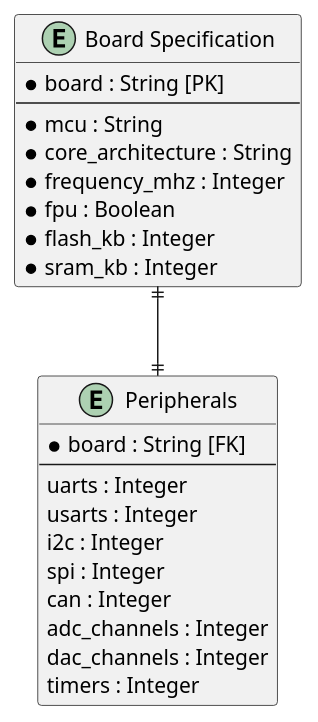
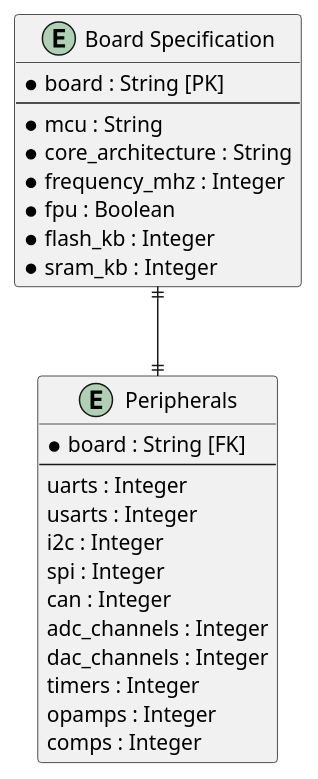
Before and after one commit to chatelao/stm32-overview: the diagram in DESIGN.md, drawn with PlantUML. The commit also changed other lines of this file and 6 other files, not shown here.

````diff
--- a/DESIGN.md
+++ b/DESIGN.md
@@ -201,29 +203,31 @@
 ```plantuml
 @startuml
 entity "Board Specification" as BoardSpec {
   * board : String [PK]
   --
   * mcu : String
   * core_architecture : String
   * frequency_mhz : Integer
   * fpu : Boolean
   * flash_kb : Integer
   * sram_kb : Integer
 }
 
 entity "Peripherals" as PeripheralsSpec {
   * board : String [FK]
   --
   uarts : Integer
   usarts : Integer
   i2c : Integer
   spi : Integer
   can : Integer
   adc_channels : Integer
   dac_channels : Integer
   timers : Integer
+  opamps : Integer
+  comps : Integer
 }
 
 BoardSpec ||--|| PeripheralsSpec
 @enduml
 ```
````
